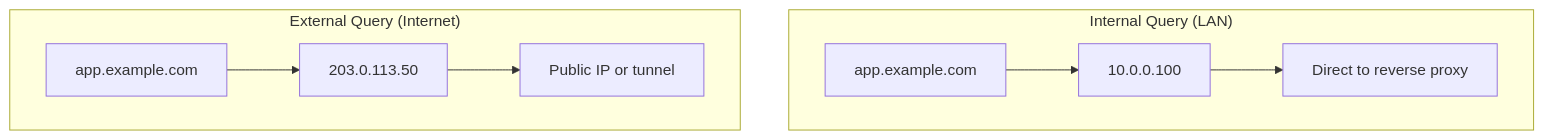
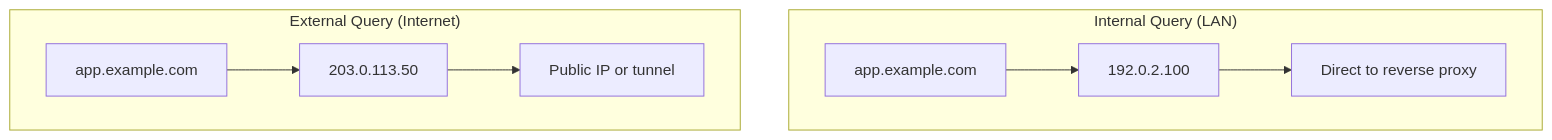
One commit to AnotherGenZ/dnsweaver changed the first of 3 diagrams in docs/deployment/split-horizon.md. Above: the diagram before and after it, drawn with Mermaid. The commit also changed other lines of this file and 29 other files, not shown here.

````diff
--- a/docs/deployment/split-horizon.md
+++ b/docs/deployment/split-horizon.md
@@ -10,11 +10,11 @@
 ```mermaid
 flowchart TB
     subgraph Internal["Internal Query (LAN)"]
-        A1[app.example.com] --> B1[10.0.0.100]
+        A1[app.example.com] --> B1[192.0.2.100]
         B1 --> C1[Direct to reverse proxy]
     end
     subgraph External["External Query (Internet)"]
         A2[app.example.com] --> B2[203.0.113.50]
         B2 --> C2[Public IP or tunnel]
     end
 ```
````
